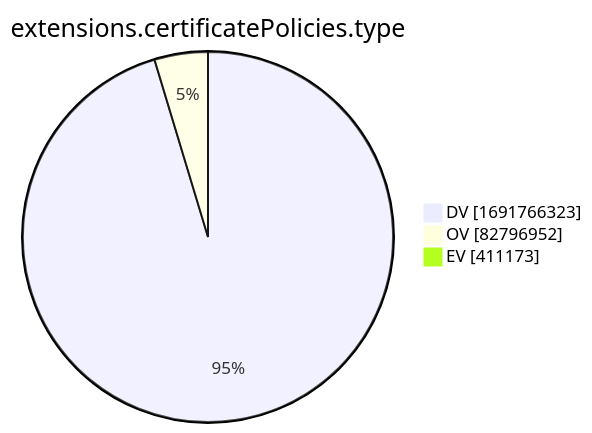
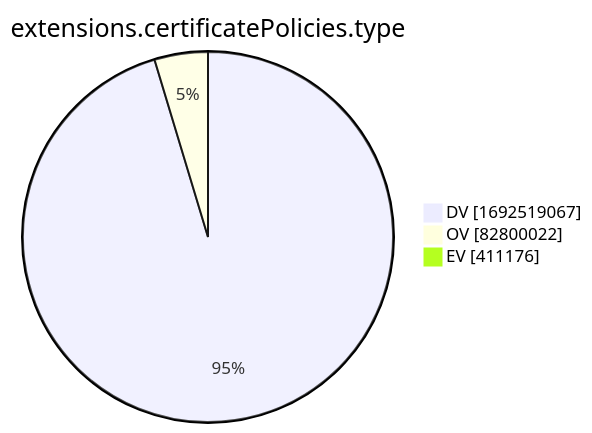
One commit to christiankrug/ctmonitor_visualization changed the tenth of 15 diagrams in xenon2022/README.md. Above: the diagram before and after it, drawn with Mermaid. The commit also changed other lines of this file, not shown here.

````diff
--- a/xenon2022/README.md
+++ b/xenon2022/README.md
@@ -2881,7 +2881,7 @@
 ```mermaid
 pie showData
 title extensions.certificatePolicies.type
-"DV" :1691766323
-"OV" :82796952
-"EV" :411173
+"DV" :1692519067
+"OV" :82800022
+"EV" :411176
 ```
````
